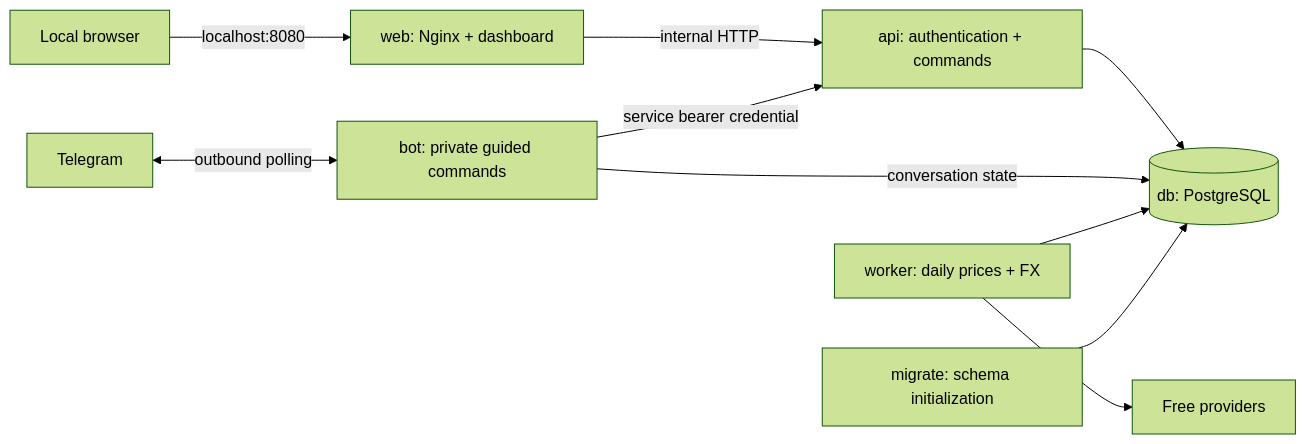
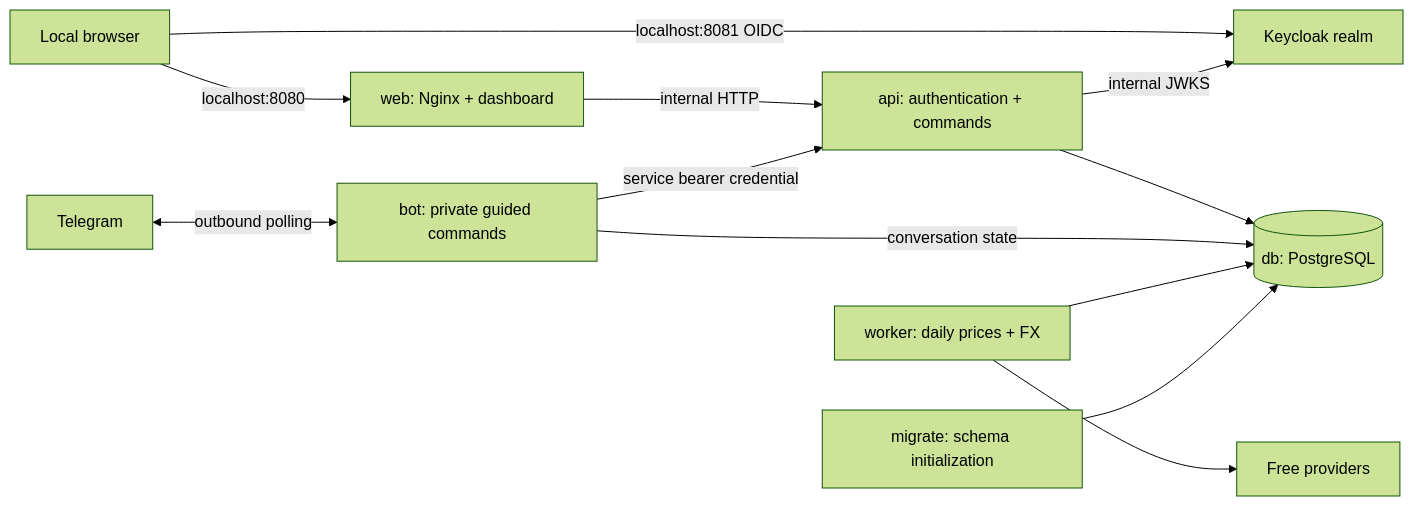
The diagram in docs/architecture.md (prolude1/FinancialPlanner), drawn with Mermaid (forest theme) before and after one commit. The commit also changed other lines of this file and 37 other files, not shown here.

````diff
--- a/docs/architecture.md
+++ b/docs/architecture.md
@@ -7,12 +7,14 @@
 ```mermaid
 flowchart LR
     Browser[Local browser] -->|localhost:8080| Web[web: Nginx + dashboard]
+    Browser -->|localhost:8081 OIDC| Keycloak[Keycloak realm]
     Web -->|internal HTTP| API[api: authentication + commands]
+    API -->|internal JWKS| Keycloak
     Telegram[Telegram] <-->|outbound polling| Bot[bot: private guided commands]
     Bot -->|service bearer credential| API
     API --> DB[(db: PostgreSQL)]
     Bot -->|conversation state| DB
     Worker[worker: daily prices + FX] --> Providers[Free providers]
     Worker --> DB
     Migrate[migrate: schema initialization] --> DB
 ```
````
